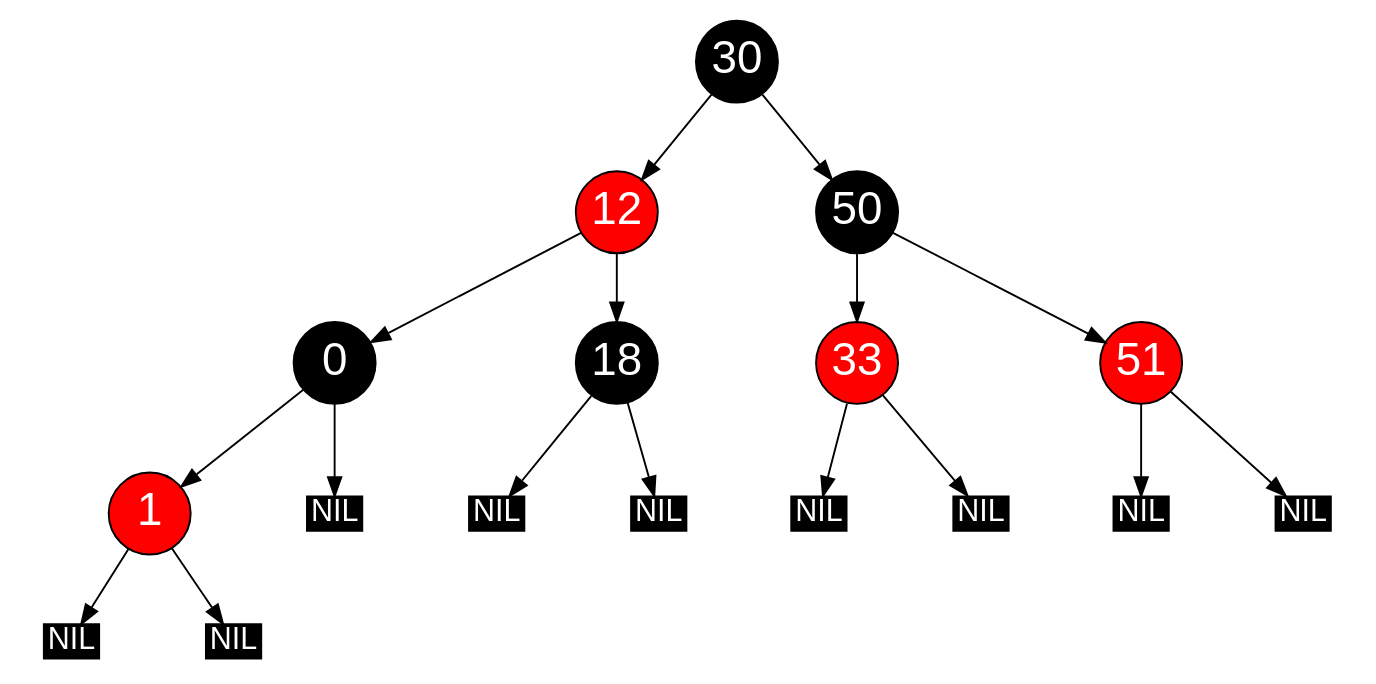
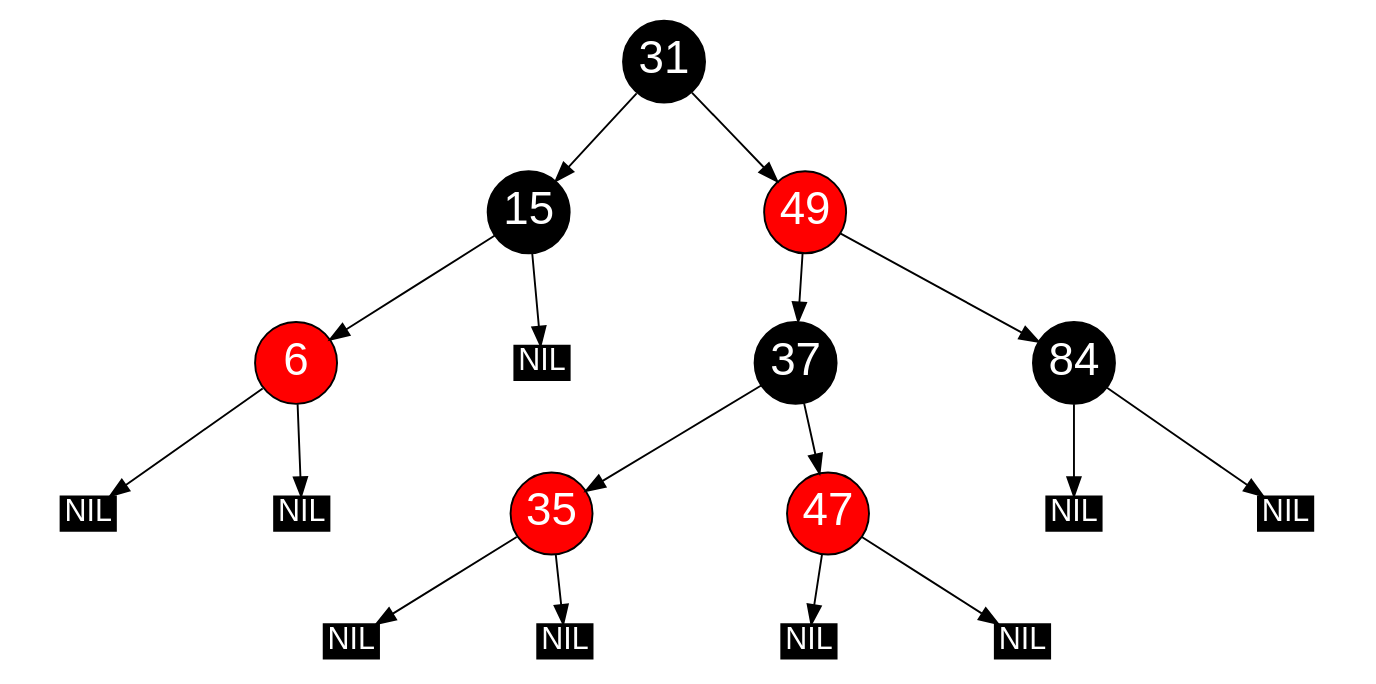
Before and after one commit to gbshschmlu/hs_fulda: the diagram in wise2025/algorithmen_und_datenstrukturen/testat2/dot_output/tree_08.dot, drawn with Graphviz. The commit also changed 46 other files, not shown here.

```diff
--- a/wise2025/algorithmen_und_datenstrukturen/testat2/dot_output/tree_08.dot
+++ b/wise2025/algorithmen_und_datenstrukturen/testat2/dot_output/tree_08.dot
@@ -1,30 +1,42 @@
 // Red Black Tree
 digraph G {
 	graph [ratio=.48];
 	node [style=filled, color=black, shape=circle, width=.6
 		fontname=Helvetica, fontweight=bold, fontcolor=white,
 		fontsize=24, fixedsize=true];
 
-	12, 1, 33, 51
-	[fillcolor=red];
+	n0 [label="31"];
+	n1 [label="15"];
+	n2 [label="6", fillcolor=red];
+	nil0 [label="NIL", shape=record, width=.4, height=.25, fontsize=16];
+	nil1 [label="NIL", shape=record, width=.4, height=.25, fontsize=16];
+	nil2 [label="NIL", shape=record, width=.4, height=.25, fontsize=16];
+	n3 [label="49", fillcolor=red];
+	n4 [label="37"];
+	n5 [label="35", fillcolor=red];
+	nil3 [label="NIL", shape=record, width=.4, height=.25, fontsize=16];
+	nil4 [label="NIL", shape=record, width=.4, height=.25, fontsize=16];
+	n6 [label="47", fillcolor=red];
+	nil5 [label="NIL", shape=record, width=.4, height=.25, fontsize=16];
+	nil6 [label="NIL", shape=record, width=.4, height=.25, fontsize=16];
+	n7 [label="84"];
+	nil7 [label="NIL", shape=record, width=.4, height=.25, fontsize=16];
+	nil8 [label="NIL", shape=record, width=.4, height=.25, fontsize=16];
 
-	nil0, nil1, nil2, nil3, nil4, nil5, nil6, nil7, nil8
-	[label="NIL", shape=record, width=.4, height=.25, fontsize=16];
-
-	30 -> 12;
-	12 -> 0;
-	0 -> nil0;
-	0 -> 1;
-	1 -> nil1;
-	1 -> nil2;
-	12 -> 18;
-	18 -> nil3;
-	18 -> nil4;
-	30 -> 50;
-	50 -> 33;
-	33 -> nil5;
-	33 -> nil6;
-	50 -> 51;
-	51 -> nil7;
-	51 -> nil8;
+	n2 -> nil0;
+	n2 -> nil1;
+	n1 -> n2;
+	n1 -> nil2;
+	n0 -> n1;
+	n5 -> nil3;
+	n5 -> nil4;
+	n4 -> n5;
+	n6 -> nil5;
+	n6 -> nil6;
+	n4 -> n6;
+	n3 -> n4;
+	n7 -> nil7;
+	n7 -> nil8;
+	n3 -> n7;
+	n0 -> n3;
 }
```
